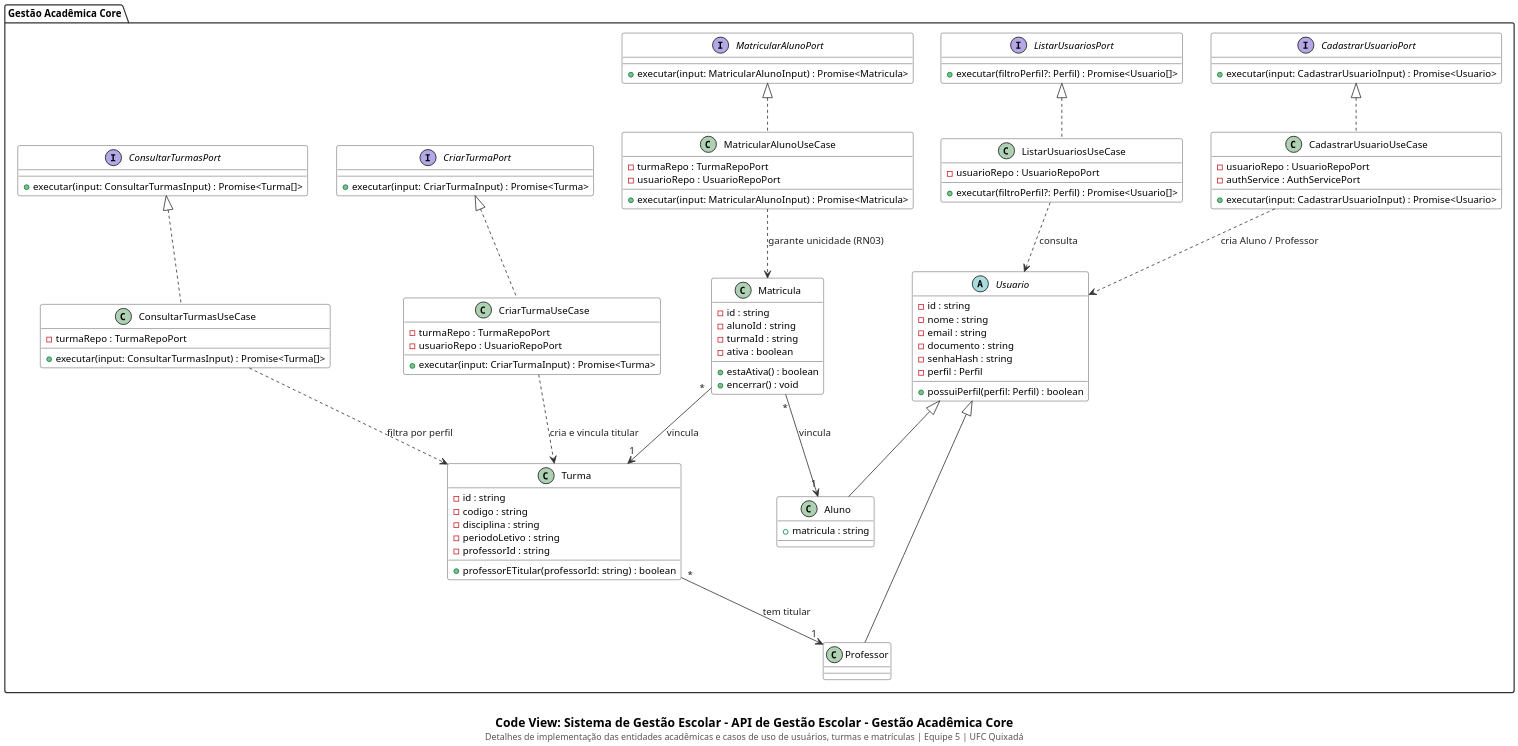
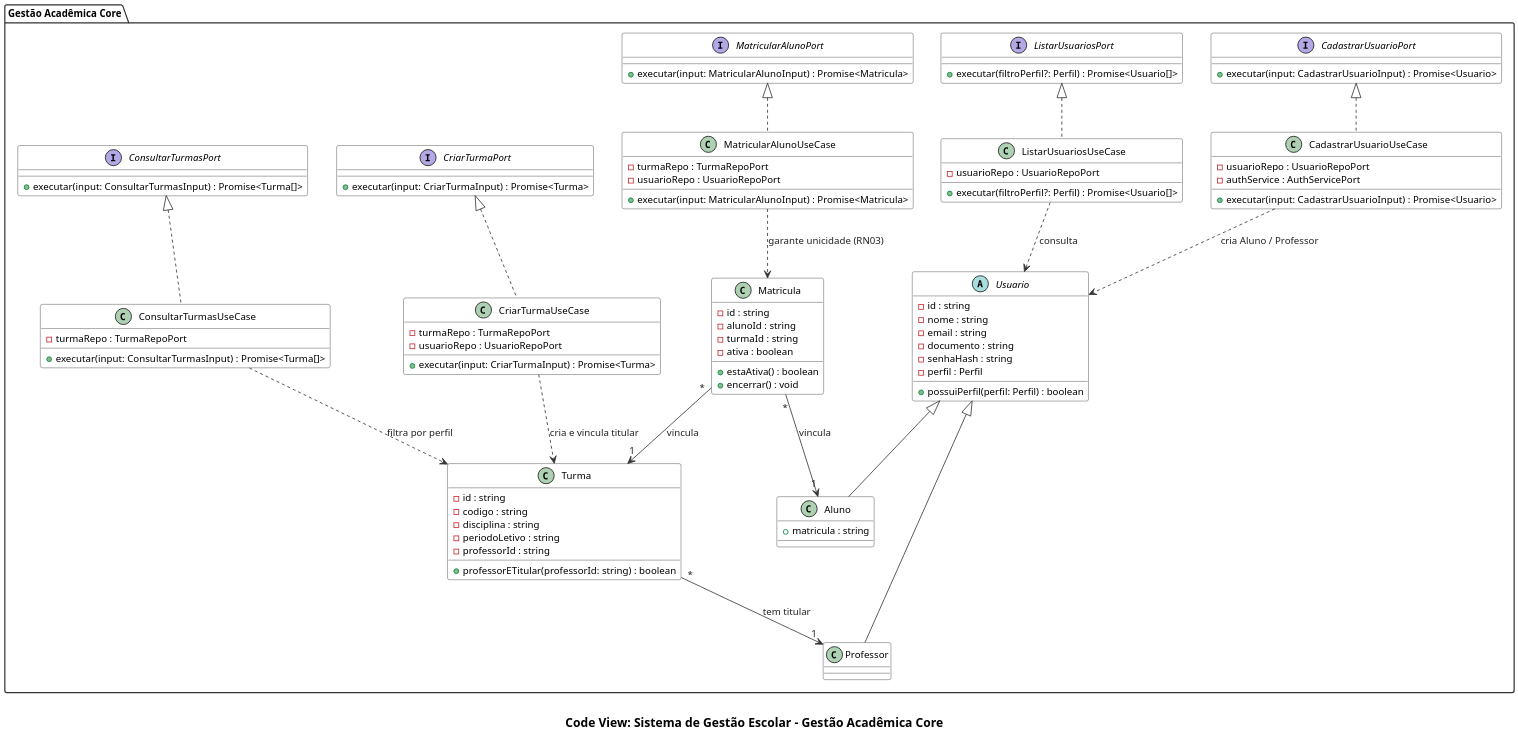
Before and after one commit to cicerocarnauba/sistema-gestao-escolar: the diagram in docs/code/gestao-academica-core.puml, drawn with PlantUML. The commit also changed 16 other files, not shown here.

Commit message:
docs: limpa legendas/timestamp dos diagramas C4 e atualiza README

```diff
--- a/docs/code/gestao-academica-core.puml
+++ b/docs/code/gestao-academica-core.puml
@@ -1,116 +1,116 @@
 @startuml
 set separator none
 top to bottom direction
 skinparam backgroundColor #FFFFFF
 skinparam shadowing false
 skinparam dpi 180
 skinparam defaultFontName "SansSerif"
 skinparam defaultFontSize 12
 skinparam packageStyle folder
 skinparam packageBackgroundColor #FFFFFF
 skinparam packageBorderColor #333333
 skinparam packageFontStyle bold
 skinparam classBackgroundColor #FFFFFF
 skinparam classHeaderBackgroundColor #FFFFFF
 skinparam classBorderColor #333333
 skinparam arrowColor #333333
 skinparam arrowFontColor #222222
 skinparam noteBackgroundColor #FAFAFA
 skinparam noteBorderColor #666666
 
 package "Gestão Acadêmica Core" as pkg_gestao_academica_core {
     interface CadastrarUsuarioPort {
         + executar(input: CadastrarUsuarioInput) : Promise<Usuario>
     }
 
     interface ListarUsuariosPort {
         + executar(filtroPerfil?: Perfil) : Promise<Usuario[]>
     }
 
     interface CriarTurmaPort {
         + executar(input: CriarTurmaInput) : Promise<Turma>
     }
 
     interface ConsultarTurmasPort {
         + executar(input: ConsultarTurmasInput) : Promise<Turma[]>
     }
 
     interface MatricularAlunoPort {
         + executar(input: MatricularAlunoInput) : Promise<Matricula>
     }
 
     class CadastrarUsuarioUseCase implements CadastrarUsuarioPort {
         - usuarioRepo : UsuarioRepoPort
         - authService : AuthServicePort
         + executar(input: CadastrarUsuarioInput) : Promise<Usuario>
     }
 
     class ListarUsuariosUseCase implements ListarUsuariosPort {
         - usuarioRepo : UsuarioRepoPort
         + executar(filtroPerfil?: Perfil) : Promise<Usuario[]>
     }
 
     class CriarTurmaUseCase implements CriarTurmaPort {
         - turmaRepo : TurmaRepoPort
         - usuarioRepo : UsuarioRepoPort
         + executar(input: CriarTurmaInput) : Promise<Turma>
     }
 
     class ConsultarTurmasUseCase implements ConsultarTurmasPort {
         - turmaRepo : TurmaRepoPort
         + executar(input: ConsultarTurmasInput) : Promise<Turma[]>
     }
 
     class MatricularAlunoUseCase implements MatricularAlunoPort {
         - turmaRepo : TurmaRepoPort
         - usuarioRepo : UsuarioRepoPort
         + executar(input: MatricularAlunoInput) : Promise<Matricula>
     }
 
     abstract class Usuario {
         - id : string
         - nome : string
         - email : string
         - documento : string
         - senhaHash : string
         - perfil : Perfil
         + possuiPerfil(perfil: Perfil) : boolean
     }
 
     class Aluno extends Usuario {
         + matricula : string
     }
 
     class Professor extends Usuario {
     }
 
     class Turma {
         - id : string
         - codigo : string
         - disciplina : string
         - periodoLetivo : string
         - professorId : string
         + professorETitular(professorId: string) : boolean
     }
 
     class Matricula {
         - id : string
         - alunoId : string
         - turmaId : string
         - ativa : boolean
         + estaAtiva() : boolean
         + encerrar() : void
     }
 
     CadastrarUsuarioUseCase ..> Usuario : cria Aluno / Professor
     ListarUsuariosUseCase ..> Usuario : consulta
     CriarTurmaUseCase ..> Turma : cria e vincula titular
     ConsultarTurmasUseCase ..> Turma : filtra por perfil
     MatricularAlunoUseCase ..> Matricula : garante unicidade (RN03)
     Turma "*" --> "1" Professor : tem titular
     Matricula "*" --> "1" Aluno : vincula
     Matricula "*" --> "1" Turma : vincula
 }
 
-caption \n<size:15><b>Code View: Sistema de Gestão Escolar - API de Gestão Escolar - Gestão Acadêmica Core</b></size>\n<size:11><color:#555555>Detalhes de implementação das entidades acadêmicas e casos de uso de usuários, turmas e matrículas | Equipe 5 | UFC Quixadá</color></size>
+caption \n<size:15><b>Code View: Sistema de Gestão Escolar - Gestão Acadêmica Core</b></size>
 @enduml
```
